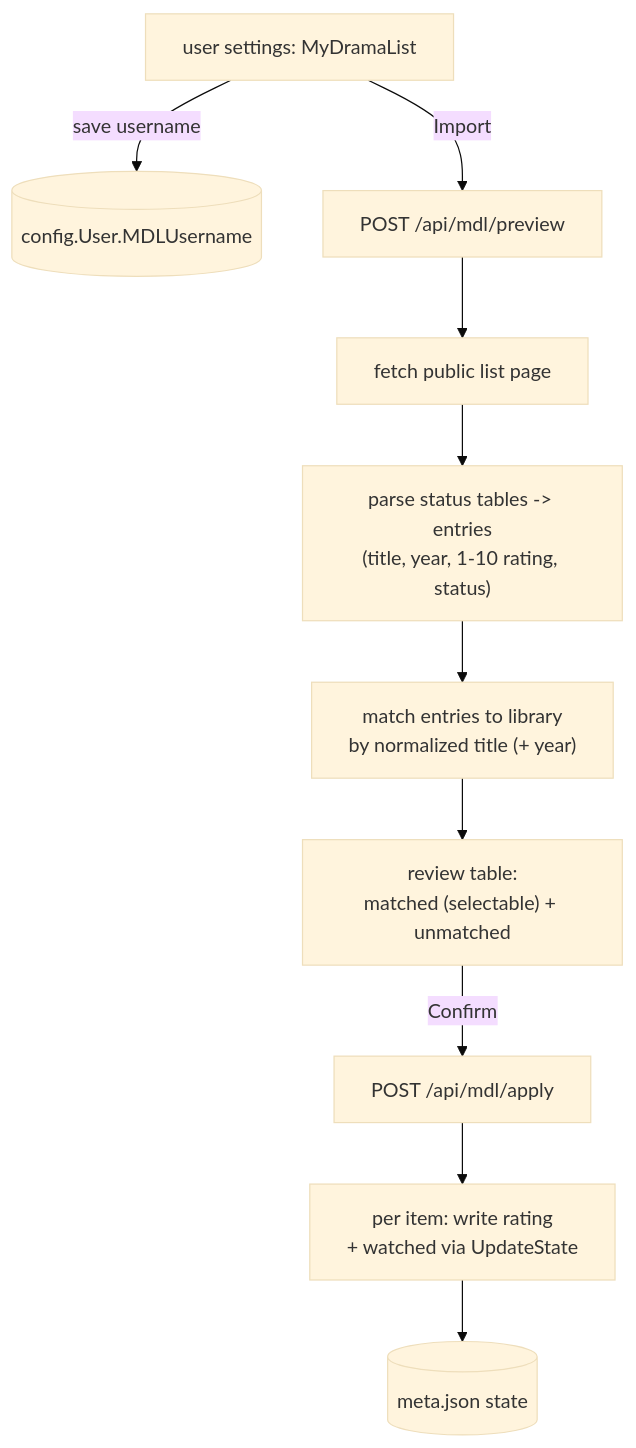
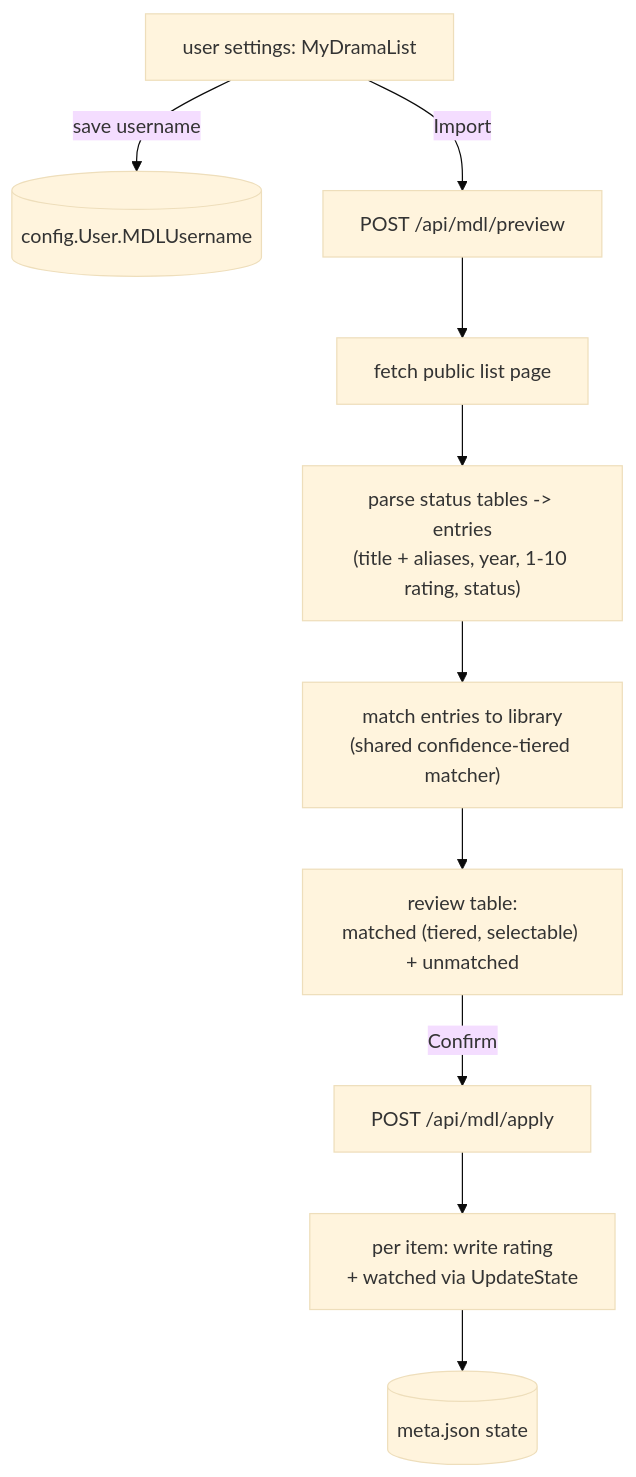
One commit to xuedi/FileFin changed the first of 2 diagrams in docs/mdl.md. Above: the diagram before and after it, drawn with Mermaid (base theme). The commit also changed other lines of this file and 15 other files, not shown here.

````diff
--- a/docs/mdl.md
+++ b/docs/mdl.md
@@ -23,12 +23,12 @@
 ```mermaid
 flowchart TD
     U["user settings: MyDramaList"] -->|save username| P[(config.User.MDLUsername)]
     U -->|Import| PV["POST /api/mdl/preview"]
     PV --> F["fetch public list page"]
-    F --> PARSE["parse status tables -> entries<br/>(title, year, 1-10 rating, status)"]
-    PARSE --> M["match entries to library<br/>by normalized title (+ year)"]
-    M --> R["review table:<br/>matched (selectable) + unmatched"]
+    F --> PARSE["parse status tables -> entries<br/>(title + aliases, year, 1-10 rating, status)"]
+    PARSE --> M["match entries to library<br/>(shared confidence-tiered matcher)"]
+    M --> R["review table:<br/>matched (tiered, selectable) + unmatched"]
     R -->|Confirm| AP["POST /api/mdl/apply"]
     AP --> W["per item: write rating<br/>+ watched via UpdateState"]
     W --> MJ[(meta.json state)]
 ```
````
